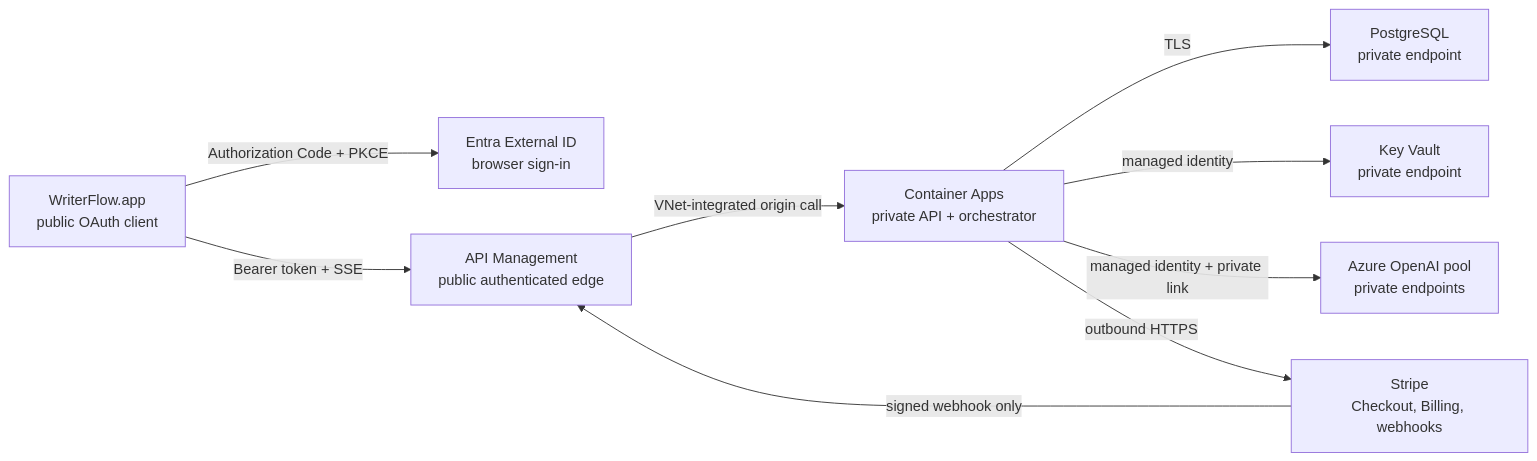
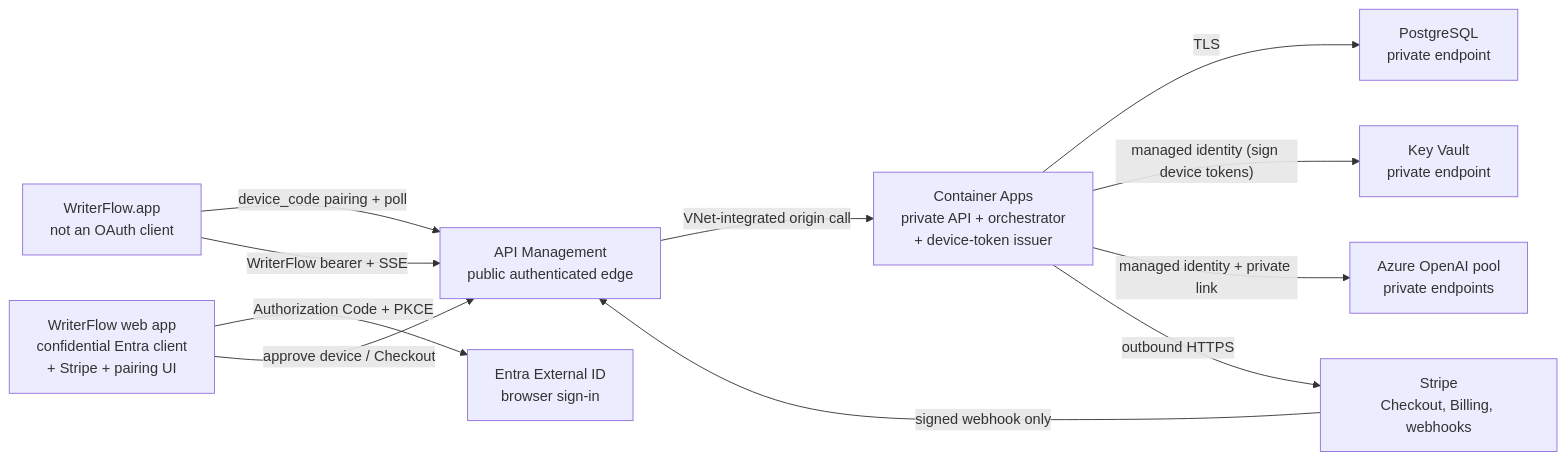
Before and after one commit to karnmodi/WriterFlow: the first of 3 diagrams in V2-ARCHITECTURE.md, drawn with Mermaid. The commit also changed other lines of this file and 48 other files, not shown here.

````diff
--- a/V2-ARCHITECTURE.md
+++ b/V2-ARCHITECTURE.md
@@ -63,20 +68,23 @@
 ```mermaid
 flowchart LR
-    Mac["WriterFlow.app\npublic OAuth client"]
+    Mac["WriterFlow.app\nnot an OAuth client"]
+    Web["WriterFlow web app\nconfidential Entra client\n+ Stripe + pairing UI"]
     IDP["Entra External ID\nbrowser sign-in"]
     Edge["API Management\npublic authenticated edge"]
-    API["Container Apps\nprivate API + orchestrator"]
+    API["Container Apps\nprivate API + orchestrator\n+ device-token issuer"]
     PG["PostgreSQL\nprivate endpoint"]
     KV["Key Vault\nprivate endpoint"]
     AOAI["Azure OpenAI pool\nprivate endpoints"]
     Stripe["Stripe\nCheckout, Billing, webhooks"]
 
-    Mac -->|"Authorization Code + PKCE"| IDP
-    Mac -->|"Bearer token + SSE"| Edge
+    Mac -->|"device_code pairing + poll"| Edge
+    Mac -->|"WriterFlow bearer + SSE"| Edge
+    Web -->|"Authorization Code + PKCE"| IDP
+    Web -->|"approve device / Checkout"| Edge
     Stripe -->|"signed webhook only"| Edge
     Edge -->|"VNet-integrated origin call"| API
     API -->|"TLS"| PG
-    API -->|"managed identity"| KV
+    API -->|"managed identity (sign device tokens)"| KV
     API -->|"managed identity + private link"| AOAI
     API -->|"outbound HTTPS"| Stripe
 ```
````
